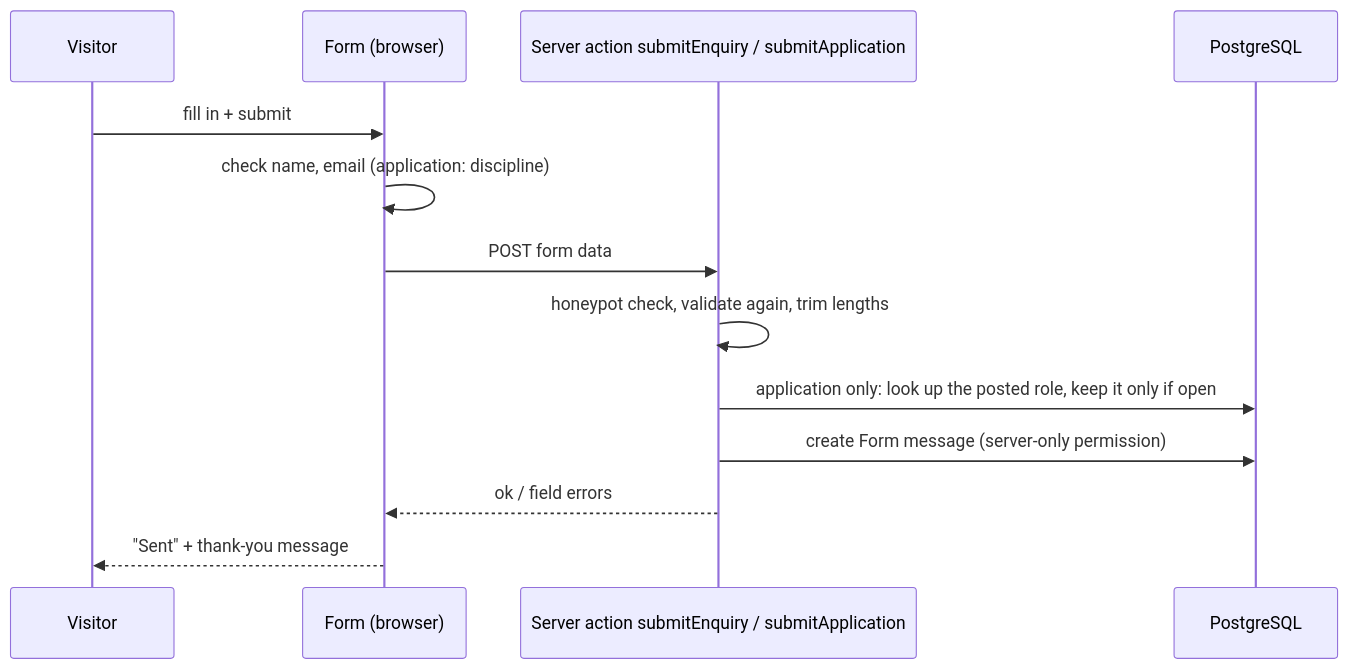
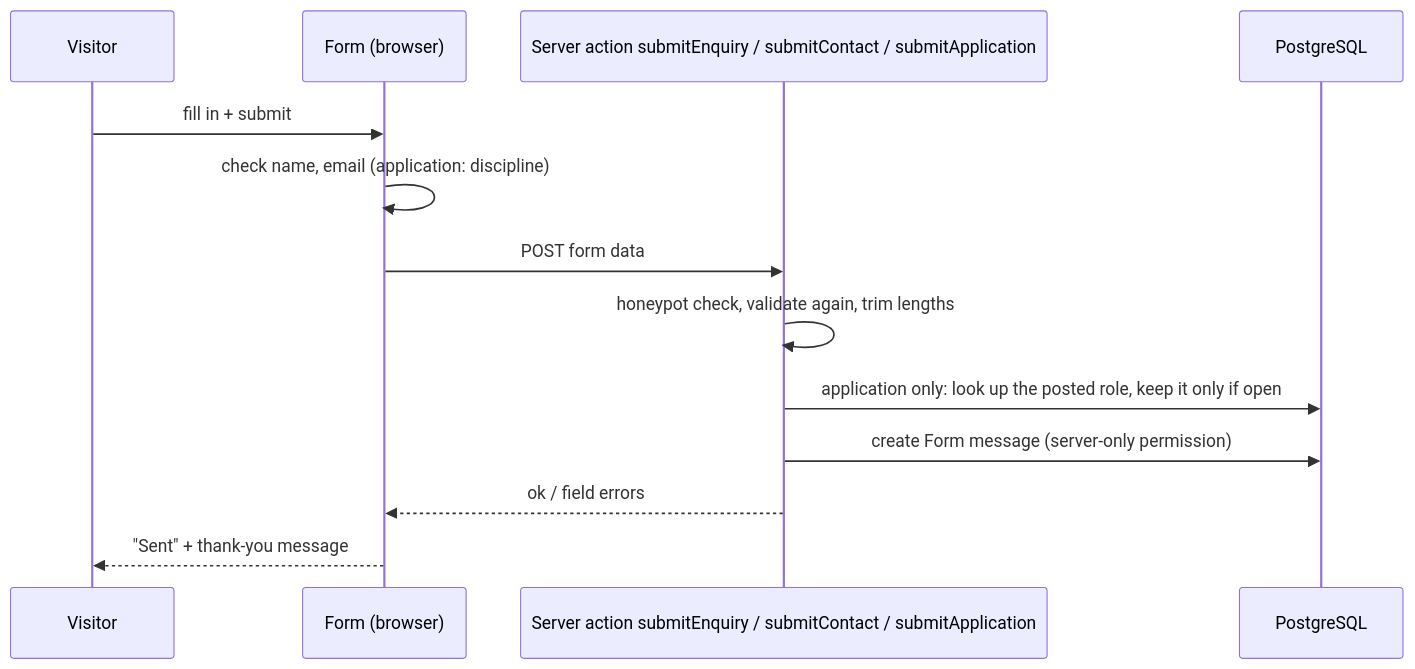
The seventh of 9 diagrams in docs/architecture.md (nidheeshvb/PLG), drawn with Mermaid before and after one commit. The commit also changed other lines of this file and 24 other files, not shown here.

````diff
--- a/docs/architecture.md
+++ b/docs/architecture.md
@@ -204,15 +204,15 @@
 ```mermaid
 sequenceDiagram
   participant V as Visitor
   participant F as Form (browser)
-  participant SA as Server action submitEnquiry / submitApplication
+  participant SA as Server action submitEnquiry / submitContact / submitApplication
   participant DB as PostgreSQL
   V->>F: fill in + submit
   F->>F: check name, email (application: discipline)
   F->>SA: POST form data
   SA->>SA: honeypot check, validate again, trim lengths
   SA->>DB: application only: look up the posted role, keep it only if open
   SA->>DB: create Form message (server-only permission)
   SA-->>F: ok / field errors
   F-->>V: "Sent" + thank-you message
 ```
````
